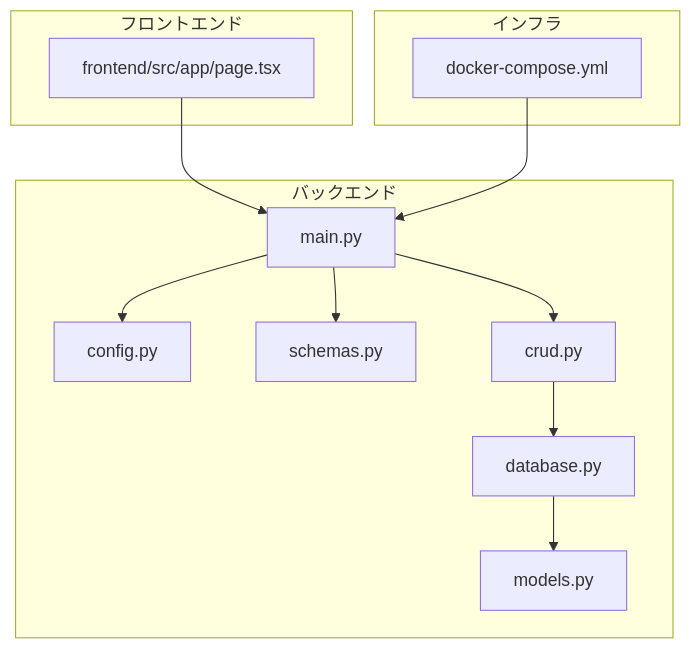
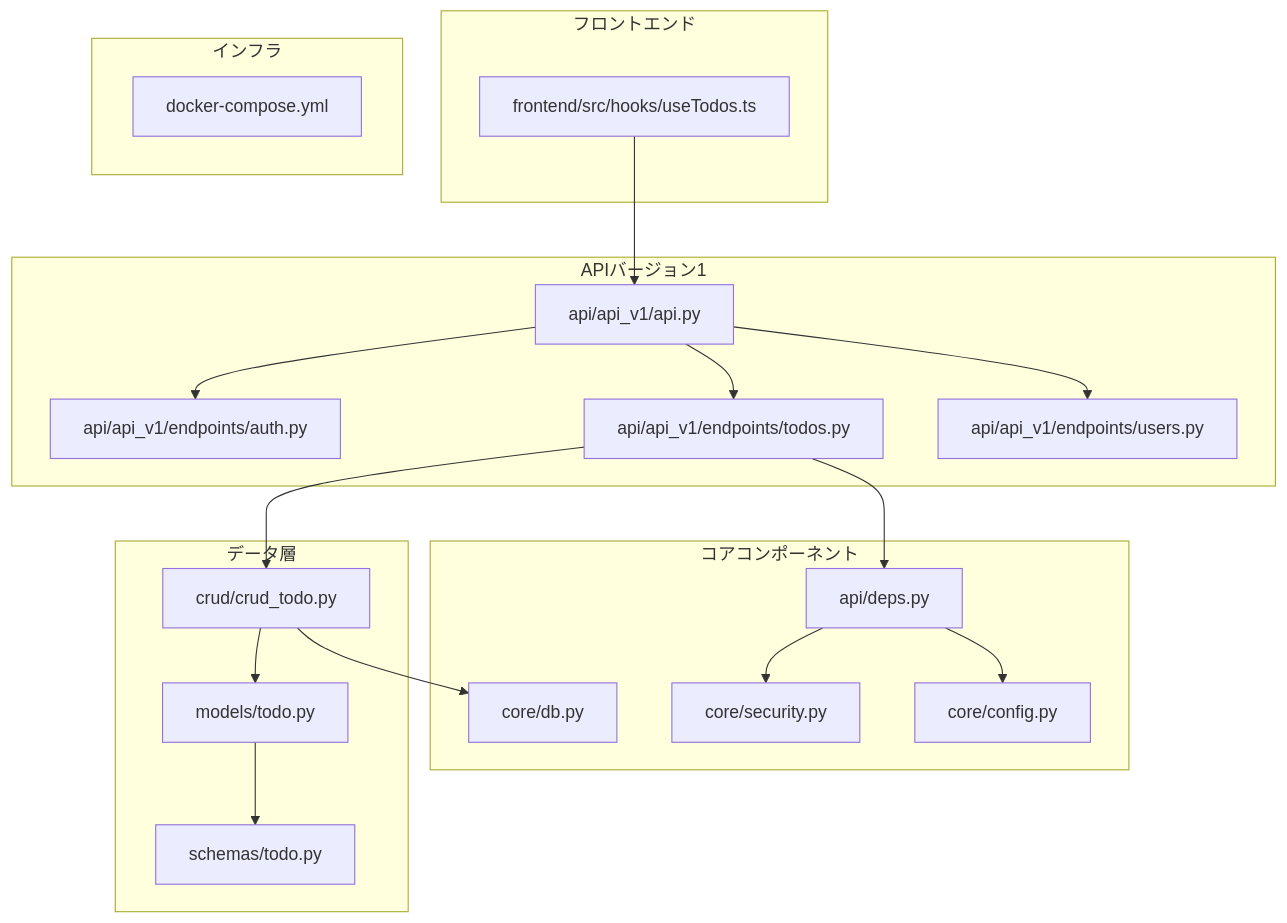
The first of 7 diagrams in .qoder/repowiki/ja/content/APIリファレンス/TODO管理API.md (ss8806/Todos), drawn with Mermaid before and after one commit. The commit also changed other lines of this file and 6 other files, not shown here.

````diff
--- a/.qoder/repowiki/ja/content/APIリファレンス/TODO管理API.md
+++ b/.qoder/repowiki/ja/content/APIリファレンス/TODO管理API.md
@@ -50,24 +65,37 @@
 ```mermaid
 graph TB
-subgraph "バックエンド"
-CFG["config.py"]
-DB["database.py"]
-MDL["models.py"]
-SCH["schemas.py"]
-CRU["crud.py"]
-API["main.py"]
+subgraph "APIバージョン1"
+API["api/api_v1/api.py"]
+AUTH["api/api_v1/endpoints/auth.py"]
+TODOS["api/api_v1/endpoints/todos.py"]
+USERS["api/api_v1/endpoints/users.py"]
+end
+subgraph "コアコンポーネント"
+CFG["core/config.py"]
+SEC["core/security.py"]
+DB["core/db.py"]
+DEPS["api/deps.py"]
+end
+subgraph "データ層"
+MODEL["models/todo.py"]
+SCHEMA["schemas/todo.py"]
+CRUD["crud/crud_todo.py"]
 end
 subgraph "フロントエンド"
-FE["frontend/src/app/page.tsx"]
+FE["frontend/src/hooks/useTodos.ts"]
 end
 subgraph "インフラ"
 DC["docker-compose.yml"]
 end
 FE --> API
-API --> CRU
-CRU --> DB
-DB --> MDL
-API --> SCH
-API --> CFG
-DC --> API
+API --> AUTH
+API --> TODOS
+API --> USERS
+TODOS --> CRUD
+CRUD --> MODEL
+CRUD --> DB
+MODEL --> SCHEMA
+TODOS --> DEPS
+DEPS --> SEC
+DEPS --> CFG
 ```
````
